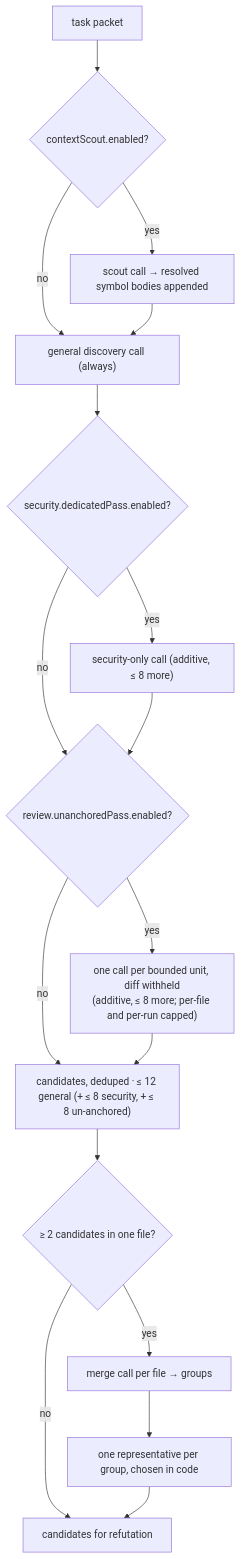
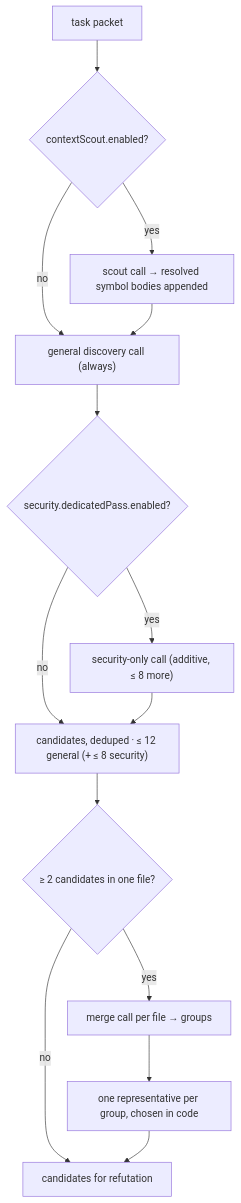
The diagram in docs/03-concepts/pipeline/04-holistic-discovery.md (sebastianwessel/codereviewer), drawn with Mermaid before and after one commit. The commit also changed other lines of this file and 40 other files, not shown here.

````diff
--- a/docs/03-concepts/pipeline/04-holistic-discovery.md
+++ b/docs/03-concepts/pipeline/04-holistic-discovery.md
@@ -134,19 +118,16 @@
 ```mermaid
 flowchart TD
   P["task packet"] --> S{"contextScout.enabled?"}
   S -- yes --> SC["scout call → resolved symbol bodies appended"]
   S -- no --> G
   SC --> G["general discovery call (always)"]
   G --> SE{"security.dedicatedPass.enabled?"}
   SE -- yes --> SP["security-only call (additive, ≤ 8 more)"]
-  SE -- no --> UA{"review.unanchoredPass.enabled?"}
-  SP --> UA
-  UA -- yes --> UP["one call per bounded unit, diff withheld<br/>(additive, ≤ 8 more; per-file and per-run capped)"]
-  UA -- no --> C["candidates, deduped · ≤ 12 general (+ ≤ 8 security, + ≤ 8 un-anchored)"]
-  UP --> C
+  SE -- no --> C["candidates, deduped · ≤ 12 general (+ ≤ 8 security)"]
+  SP --> C
   C --> M{"≥ 2 candidates in one file?"}
   M -- no --> O["candidates for refutation"]
   M -- yes --> MM["merge call per file → groups"]
   MM --> R["one representative per group, chosen in code"]
   R --> O
 ```
````
